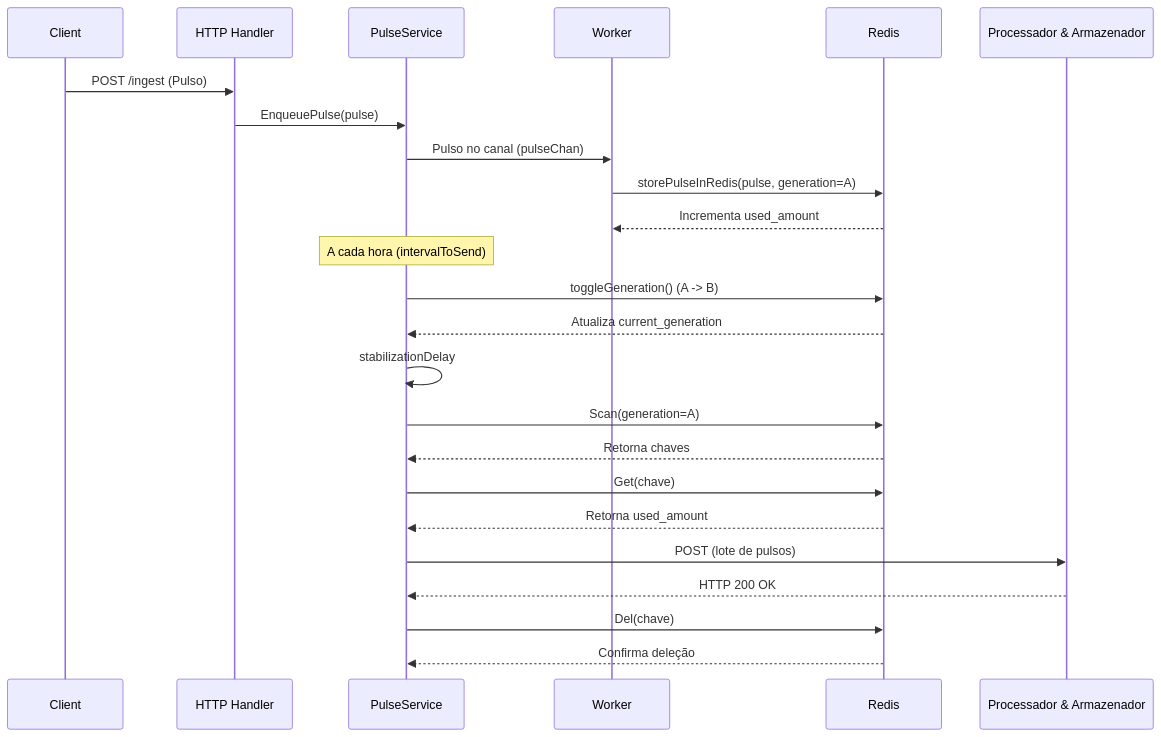
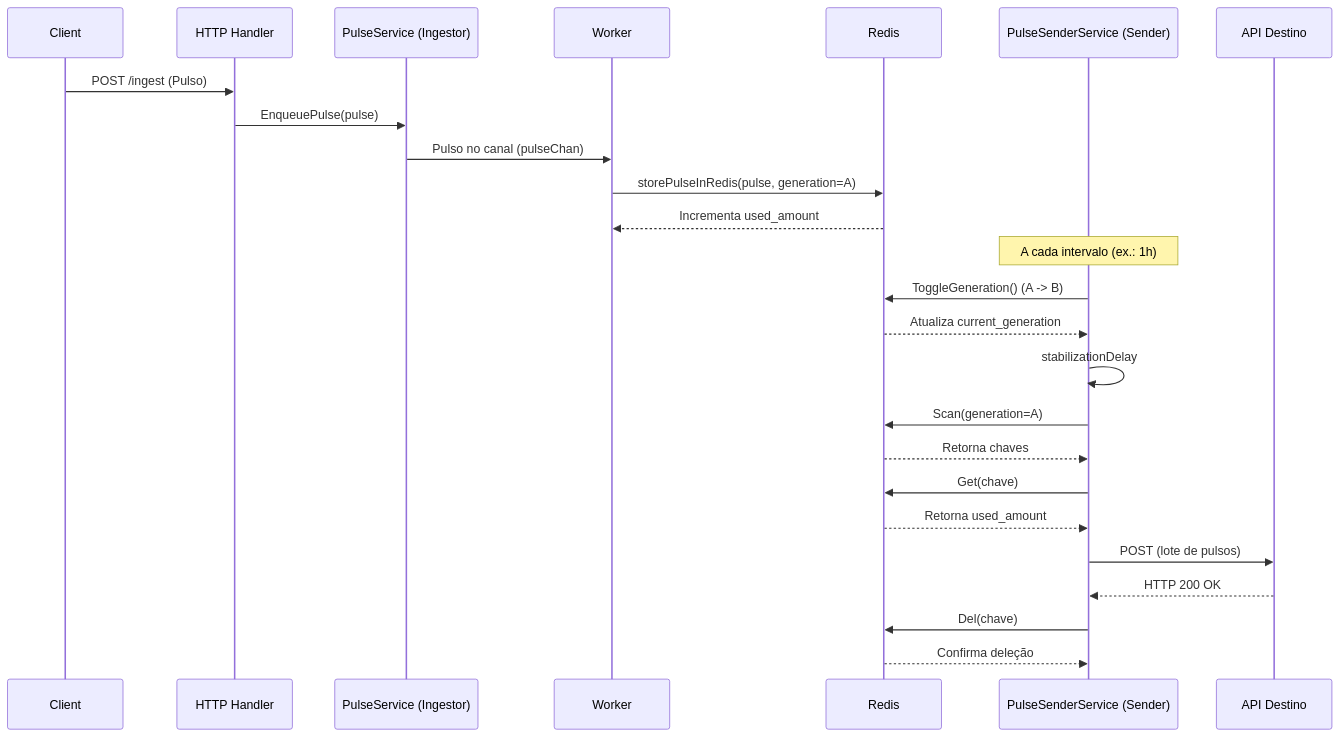
Before and after one commit to ThalysSilva/ingestor-consumo: the first of 4 diagrams in README.md, drawn with Mermaid. The commit also changed other lines of this file, not shown here.

````diff
--- a/README.md
+++ b/README.md
@@ -191,28 +176,29 @@
 ```mermaid
 sequenceDiagram
     participant C as Client
     participant H as HTTP Handler
-    participant S as PulseService
+    participant I as PulseService (Ingestor)
     participant W as Worker
     participant R as Redis
-    participant P as Processador & Armazenador
+    participant S as PulseSenderService (Sender)
+    participant P as API Destino
 
     C->>H: POST /ingest (Pulso)
-    H->>S: EnqueuePulse(pulse)
-    S->>W: Pulso no canal (pulseChan)
+    H->>I: EnqueuePulse(pulse)
+    I->>W: Pulso no canal (pulseChan)
     W->>R: storePulseInRedis(pulse, generation=A)
     R-->>W: Incrementa used_amount
 
-    note over S: A cada hora (intervalToSend)
-    S->>R: toggleGeneration() (A -> B)
+    note over S: A cada intervalo (ex.: 1h)
+    S->>R: ToggleGeneration() (A -> B)
     R-->>S: Atualiza current_generation
     S->>S: stabilizationDelay
     S->>R: Scan(generation=A)
     R-->>S: Retorna chaves
     S->>R: Get(chave)
     R-->>S: Retorna used_amount
     S->>P: POST (lote de pulsos)
     P-->>S: HTTP 200 OK
     S->>R: Del(chave)
     R-->>S: Confirma deleção
 ```
````
